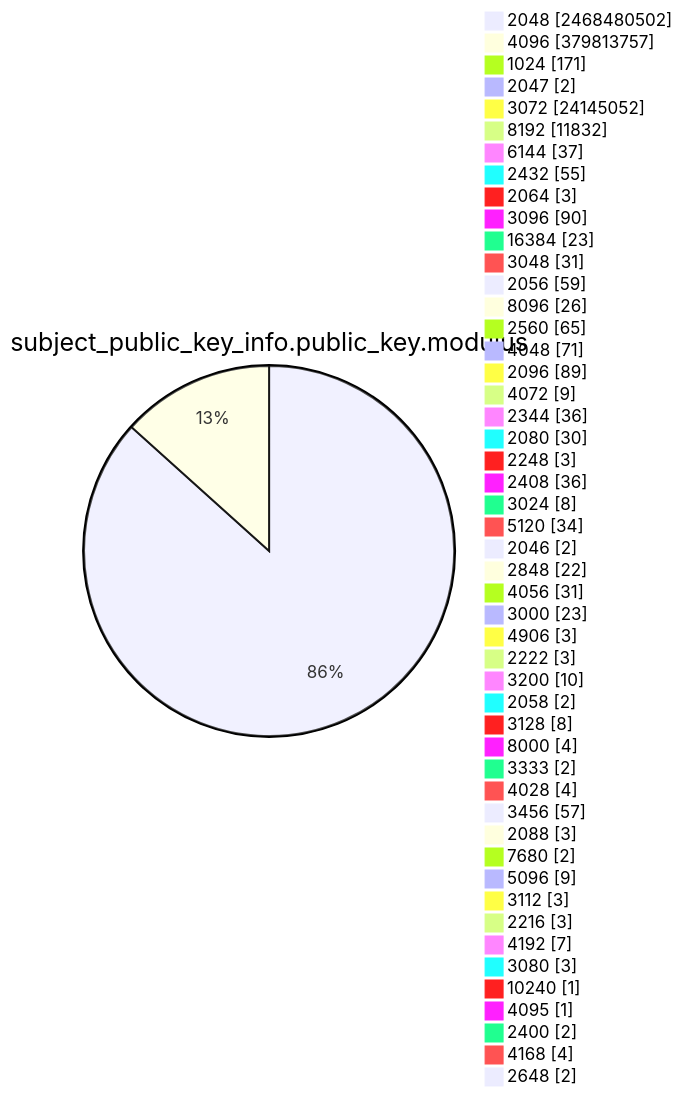
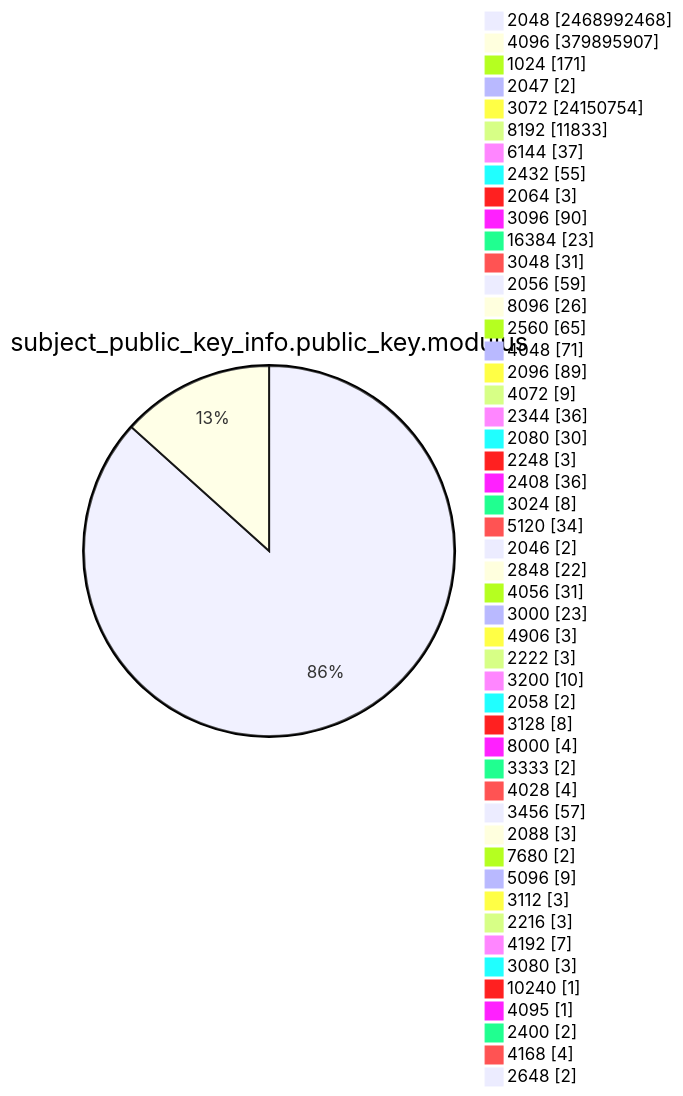
Diagram 13 of 15 in TOTAL/README.md (christiankrug/ctmonitor_visualization), drawn with Mermaid before and after one commit. The commit also changed other lines of this file, not shown here.

````diff
--- a/TOTAL/README.md
+++ b/TOTAL/README.md
@@ -4168,53 +4168,53 @@
 ```mermaid
 pie showData
 title subject_public_key_info.public_key.modulus
-"2048" :2468480502
-"4096" :379813757
+"2048" :2468992468
+"4096" :379895907
 "1024" :171
 "2047" :2
-"3072" :24145052
-"8192" :11832
+"3072" :24150754
+"8192" :11833
 "6144" :37
 "2432" :55
 "2064" :3
 "3096" :90
 "16384" :23
 "3048" :31
 "2056" :59
 "8096" :26
 "2560" :65
 "4048" :71
 "2096" :89
 "4072" :9
 "2344" :36
 "2080" :30
 "2248" :3
 "2408" :36
 "3024" :8
 "5120" :34
 "2046" :2
 "2848" :22
 "4056" :31
 "3000" :23
 "4906" :3
 "2222" :3
 "3200" :10
 "2058" :2
 "3128" :8
 "8000" :4
 "3333" :2
 "4028" :4
 "3456" :57
 "2088" :3
 "7680" :2
 "5096" :9
 "3112" :3
 "2216" :3
 "4192" :7
 "3080" :3
 "10240" :1
 "4095" :1
 "2400" :2
 "4168" :4
 "2648" :2
 ```
````
